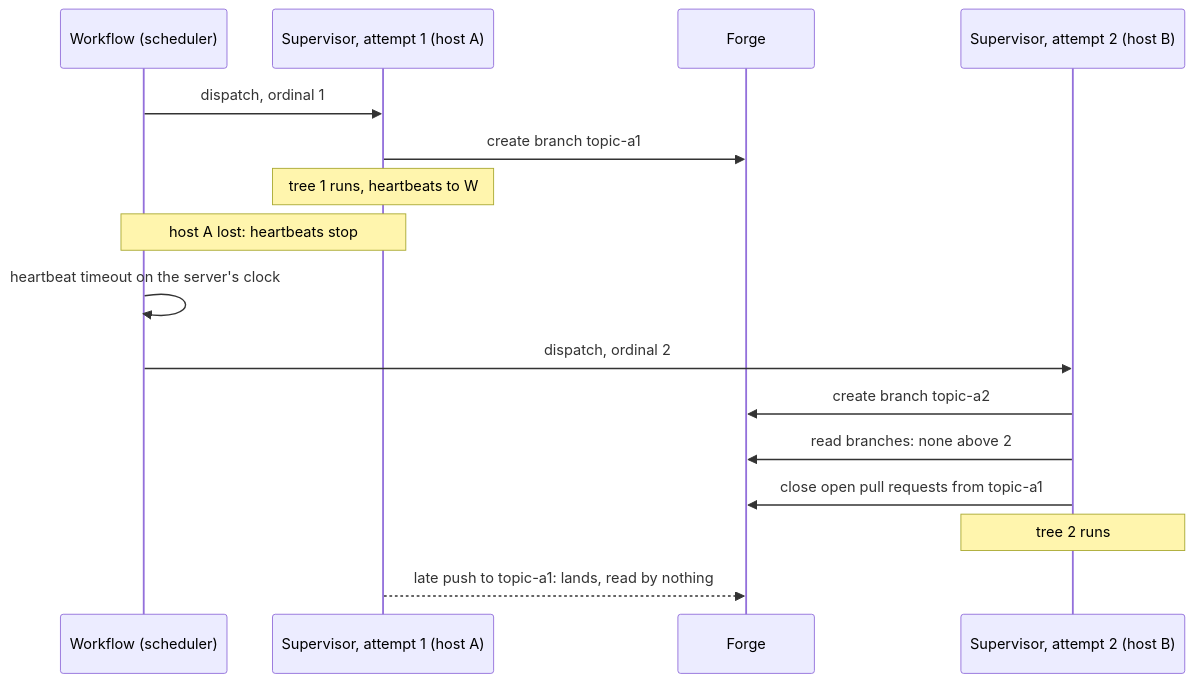
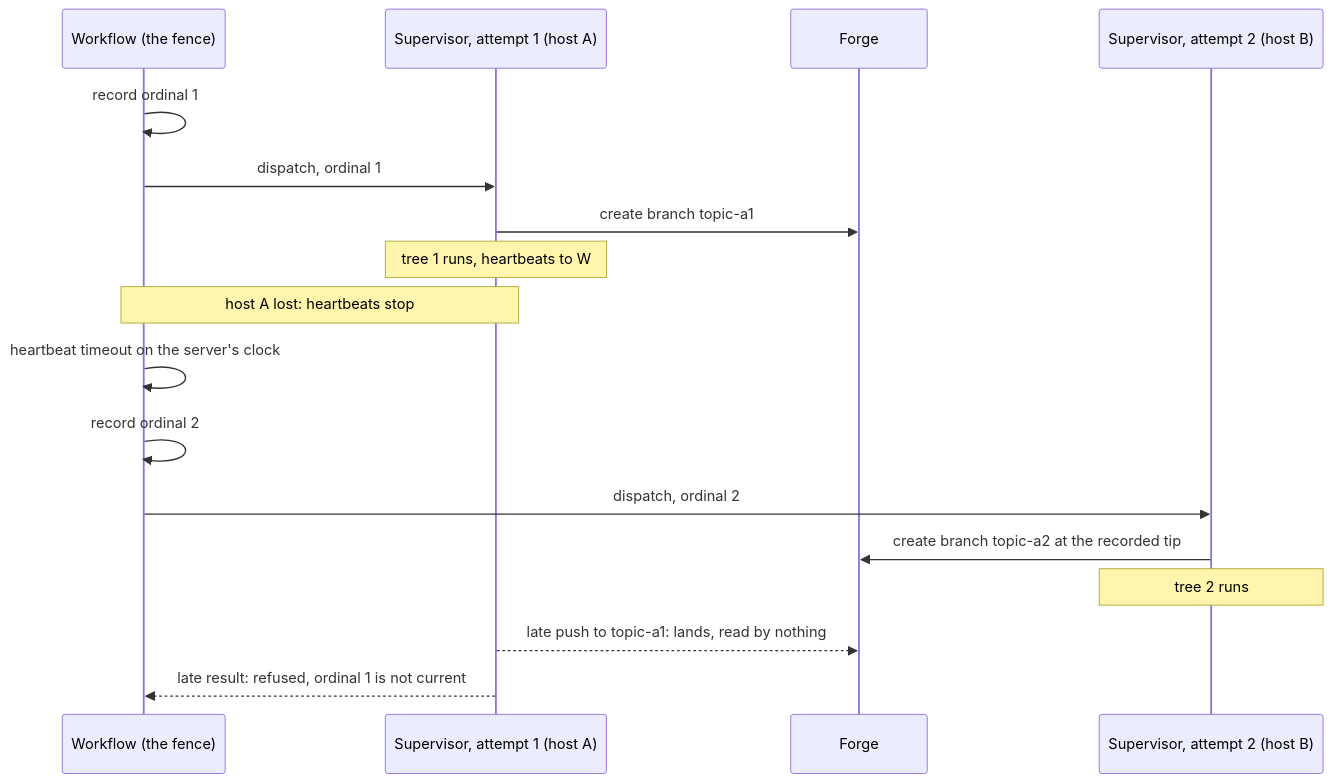
Before and after one commit to williacj/rigger: the diagram in docs/proposals/one-live-attempt-per-card.md, drawn with Mermaid. The commit also changed other lines of this file and 1 other file, not shown here.

First line of the commit message:
Move the other-host fence into the workflow and close the round-1 gaps

````diff
--- a/docs/proposals/one-live-attempt-per-card.md
+++ b/docs/proposals/one-live-attempt-per-card.md
@@ -216,18 +301,19 @@
 ```mermaid
 sequenceDiagram
-  participant W as Workflow (scheduler)
+  participant W as Workflow (the fence)
   participant S1 as Supervisor, attempt 1 (host A)
   participant F as Forge
   participant S2 as Supervisor, attempt 2 (host B)
+  W->>W: record ordinal 1
   W->>S1: dispatch, ordinal 1
   S1->>F: create branch topic-a1
   Note over S1: tree 1 runs, heartbeats to W
   Note over S1,W: host A lost: heartbeats stop
   W->>W: heartbeat timeout on the server's clock
+  W->>W: record ordinal 2
   W->>S2: dispatch, ordinal 2
-  S2->>F: create branch topic-a2
-  S2->>F: read branches: none above 2
-  S2->>F: close open pull requests from topic-a1
+  S2->>F: create branch topic-a2 at the recorded tip
   Note over S2: tree 2 runs
   S1-->>F: late push to topic-a1: lands, read by nothing
+  S1-->>W: late result: refused, ordinal 1 is not current
 ```
````
